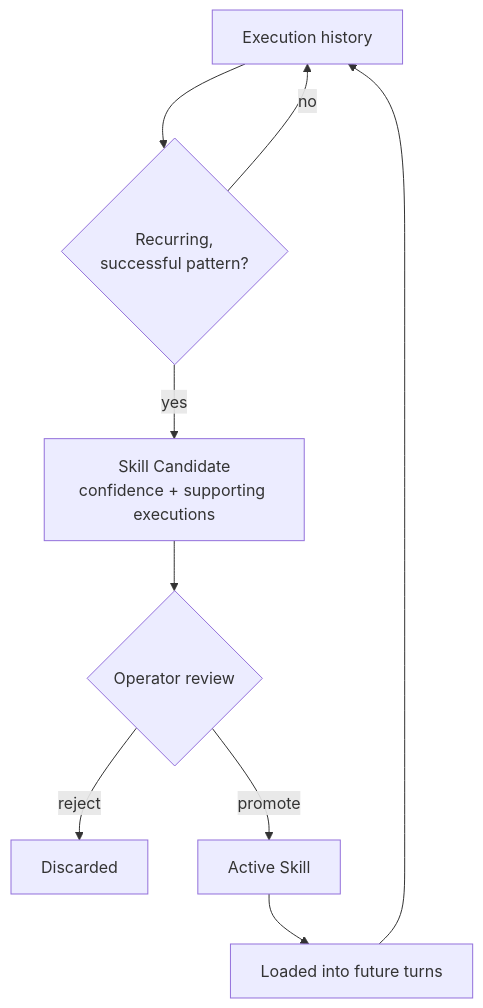
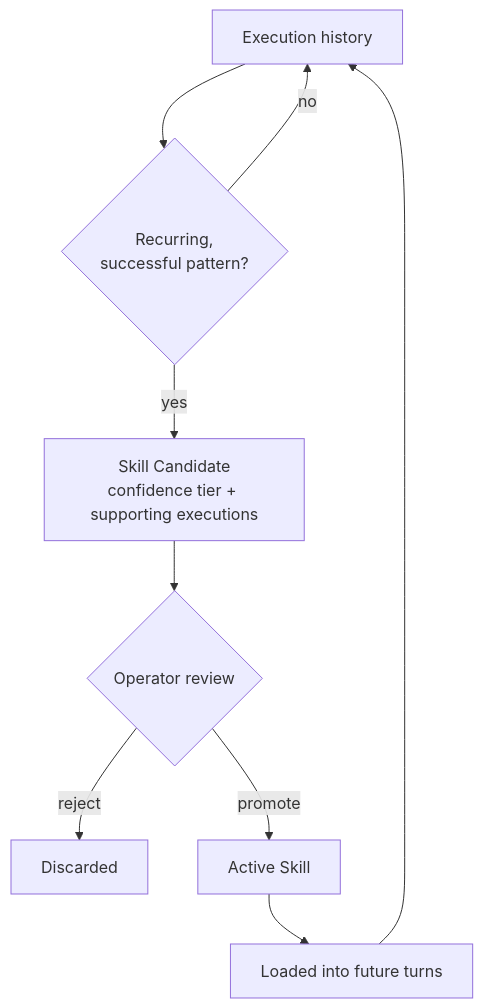
Before and after one commit to MikeBild/subkit: the second of 2 diagrams in docs/authors/custom-skills.md, drawn with Mermaid. The commit also changed other lines of this file and 27 other files, not shown here.

````diff
--- a/docs/authors/custom-skills.md
+++ b/docs/authors/custom-skills.md
@@ -90,11 +94,11 @@
 ```mermaid
 flowchart TD
     E[Execution history] --> D{Recurring,<br/>successful pattern?}
     D -->|no| E
-    D -->|yes| SC[Skill Candidate<br/>confidence + supporting executions]
+    D -->|yes| SC[Skill Candidate<br/>confidence tier + supporting executions]
     SC --> R{Operator review}
     R -->|reject| X[Discarded]
     R -->|promote| AS[Active Skill]
     AS --> CTX[Loaded into future turns]
     CTX --> E
 ```
````
